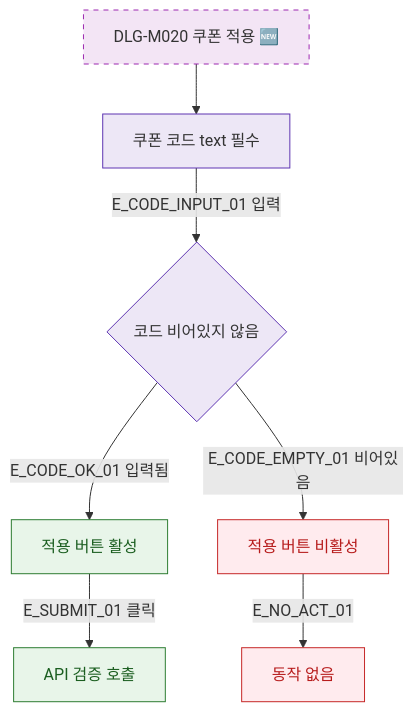
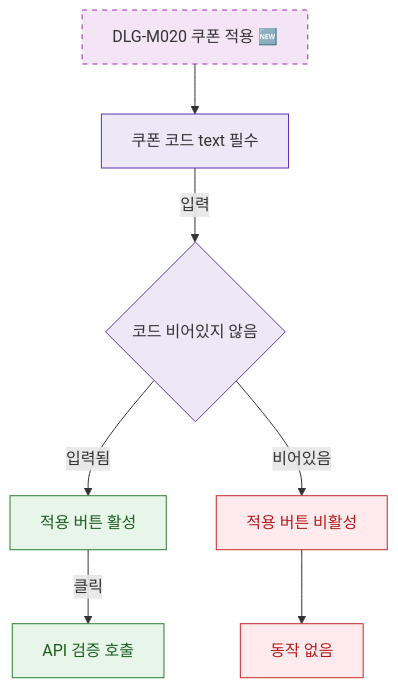
One commit to dev-spogym/admin-pando changed the diagram in docs/다이어그램/D02_회원관리/DLG/DLG-M020_쿠폰적용/M2_필드검증.md. Above: the diagram before and after it, drawn with Mermaid. The commit also changed other lines of this file and 1660 other files, not shown here.

First line of the commit message:
다이어그램: 기획자/클라이언트 납품본으로 정리

````diff
--- a/docs/다이어그램/D02_회원관리/DLG/DLG-M020_쿠폰적용/M2_필드검증.md
+++ b/docs/다이어그램/D02_회원관리/DLG/DLG-M020_쿠폰적용/M2_필드검증.md
@@ -22,23 +20,23 @@
 ```mermaid
 flowchart TD
   DLG[DLG-M020 쿠폰 적용 🆕]
 
   DLG --> FLD_CODE[쿠폰 코드 text 필수]
 
-  FLD_CODE -->|E_CODE_INPUT_01 입력| CHECK_CODE{코드 비어있지 않음}
-  CHECK_CODE -->|E_CODE_OK_01 입력됨| BTN_ACTIVE[적용 버튼 활성]
-  CHECK_CODE -->|E_CODE_EMPTY_01 비어있음| BTN_DISABLED[적용 버튼 비활성]
+  FLD_CODE -->|입력|CHECK_CODE{코드 비어있지 않음}
+  CHECK_CODE -->|입력됨|BTN_ACTIVE[적용 버튼 활성]
+  CHECK_CODE -->|비어있음|BTN_DISABLED[적용 버튼 비활성]
 
-  BTN_ACTIVE   -->|E_SUBMIT_01 클릭| SUBMIT[API 검증 호출]
-  BTN_DISABLED -->|E_NO_ACT_01| NO_ACTION[동작 없음]
+  BTN_ACTIVE -->|클릭|SUBMIT[API 검증 호출]
+  BTN_DISABLED --> NO_ACTION[동작 없음]
 
   classDef newFeature fill:#F3E5F5,stroke:#9C27B0,stroke-dasharray:5 5
-  classDef system     fill:#EDE7F6,stroke:#5E35B2
-  classDef success    fill:#E8F5E9,stroke:#2E7D32,color:#1B5E20
-  classDef error      fill:#FFEBEE,stroke:#C62828,color:#B71C1C
+  classDef system fill:#EDE7F6,stroke:#5E35B2
+  classDef success fill:#E8F5E9,stroke:#2E7D32,color:#1B5E20
+  classDef error fill:#FFEBEE,stroke:#C62828,color:#B71C1C
 
   class DLG newFeature
   class FLD_CODE,CHECK_CODE system
   class BTN_ACTIVE,SUBMIT success
   class BTN_DISABLED,NO_ACTION error
 ```
````
